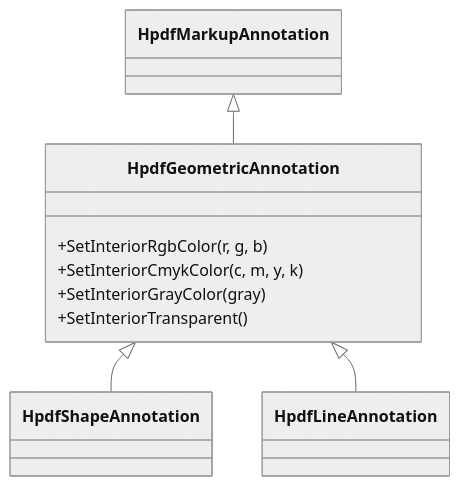
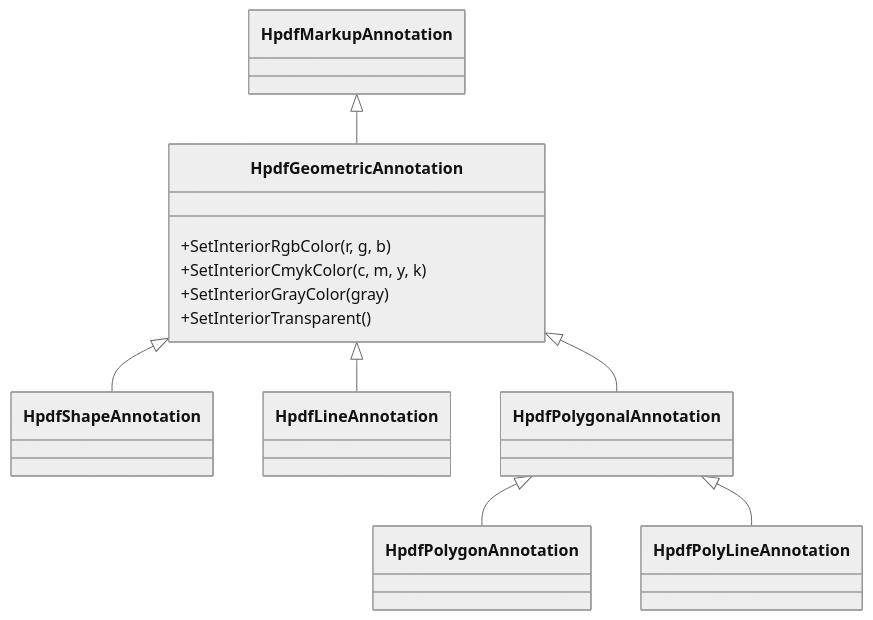
One commit to nikolaygekht/haru-net-full-port changed the diagram in docs/api/annotations/HpdfGeometricAnnotation.md. Above: the diagram before and after it, drawn with Mermaid (neutral theme). The commit also changed other lines of this file and 58 other files, not shown here.

````diff
--- a/docs/api/annotations/HpdfGeometricAnnotation.md
+++ b/docs/api/annotations/HpdfGeometricAnnotation.md
@@ -19,12 +20,15 @@
 ```mermaid
 classDiagram
     HpdfMarkupAnnotation <|-- HpdfGeometricAnnotation
     HpdfGeometricAnnotation <|-- HpdfShapeAnnotation
     HpdfGeometricAnnotation <|-- HpdfLineAnnotation
+    HpdfGeometricAnnotation <|-- HpdfPolygonalAnnotation
+    HpdfPolygonalAnnotation <|-- HpdfPolygonAnnotation
+    HpdfPolygonalAnnotation <|-- HpdfPolyLineAnnotation
     class HpdfGeometricAnnotation {
         +SetInteriorRgbColor(r, g, b)
         +SetInteriorCmykColor(c, m, y, k)
         +SetInteriorGrayColor(gray)
         +SetInteriorTransparent()
     }
 ```
````
